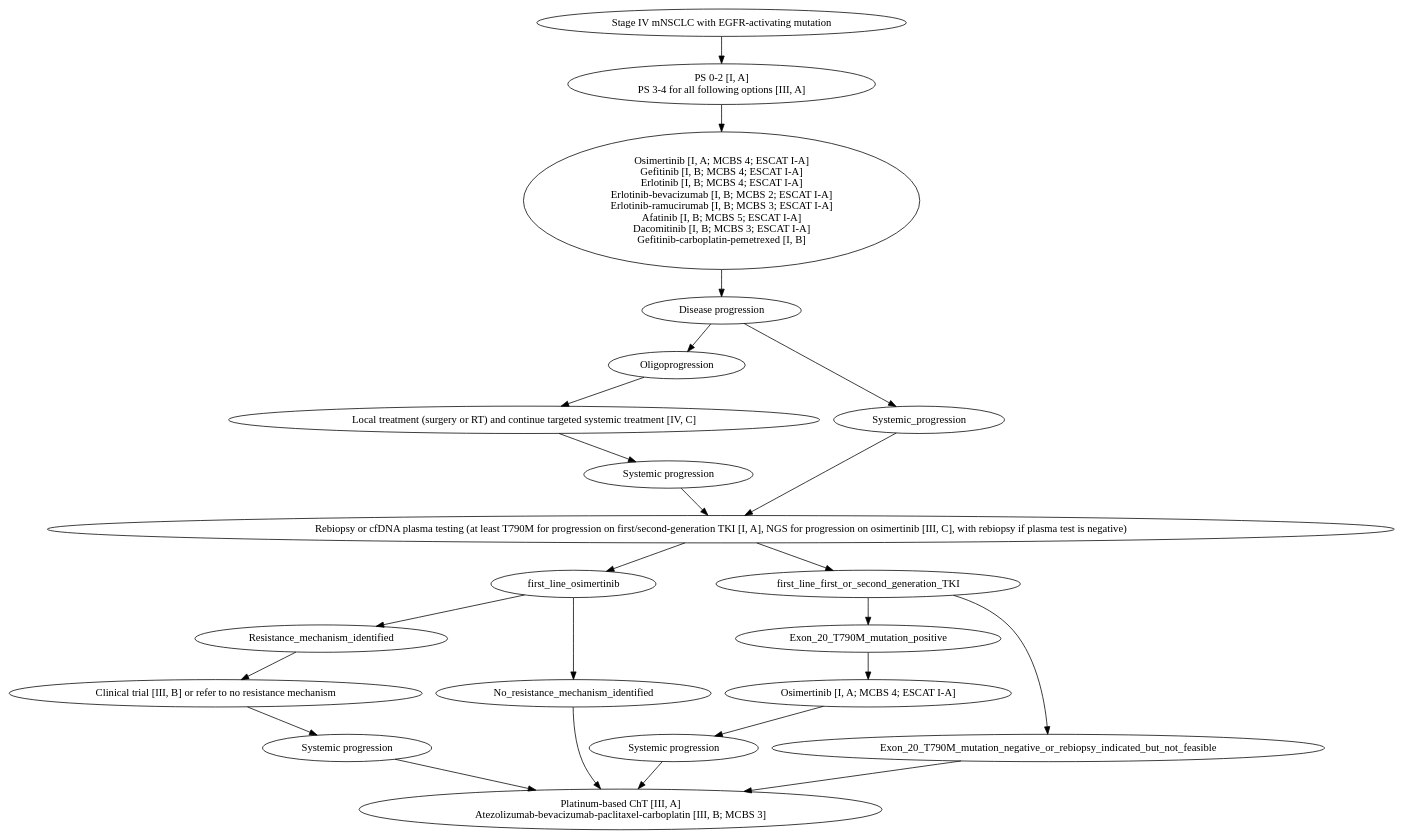
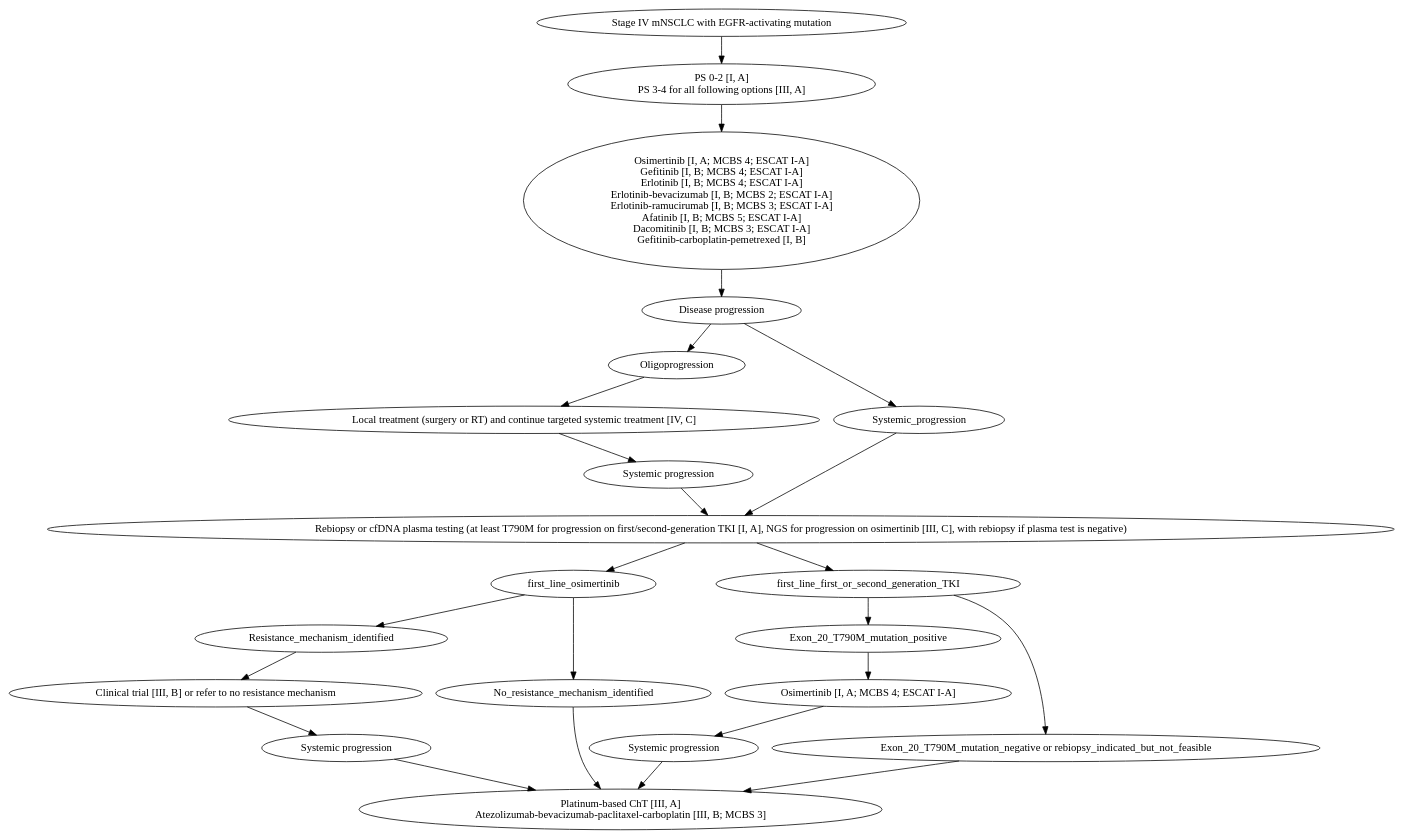
The diagram in mnsclc/dot/mnsclc_egfr.dot (djhshih/dgraph-esmo), drawn with Graphviz before and after one commit. The commit also changed 1 other file, not shown here.

```diff
--- a/mnsclc/dot/mnsclc_egfr.dot
+++ b/mnsclc/dot/mnsclc_egfr.dot
@@ -1,46 +1,46 @@
 digraph G {
     a [label="Stage IV mNSCLC with EGFR-activating mutation"];
     b [label="PS 0-2 [I, A]\nPS 3-4 for all following options [III, A]"];
     c [label="Osimertinib [I, A; MCBS 4; ESCAT I-A]\nGefitinib [I, B; MCBS 4; ESCAT I-A]\nErlotinib [I, B; MCBS 4; ESCAT I-A]\nErlotinib-bevacizumab [I, B; MCBS 2; ESCAT I-A]\nErlotinib-ramucirumab [I, B; MCBS 3; ESCAT I-A]\nAfatinib [I, B; MCBS 5; ESCAT I-A]\nDacomitinib [I, B; MCBS 3; ESCAT I-A]\nGefitinib-carboplatin-pemetrexed [I, B]"];
     d [label="Disease progression"];
     e [label="Oligoprogression"];
     f [label="Systemic_progression"];
     g [label="Local treatment (surgery or RT) and continue targeted systemic treatment [IV, C]"];
     h [label="Systemic progression"];
     i [label="Rebiopsy or cfDNA plasma testing (at least T790M for progression on first/second-generation TKI [I, A], NGS for progression on osimertinib [III, C], with rebiopsy if plasma test is negative)"];
     j [label="first_line_osimertinib"];
     k [label="first_line_first_or_second_generation_TKI"];
     l [label="Resistance_mechanism_identified"];
     m [label="No_resistance_mechanism_identified"];
     n [label="Clinical trial [III, B] or refer to no resistance mechanism"];
     o [label="Systemic progression"];
     q [label="Exon_20_T790M_mutation_positive"];
-    r [label="Exon_20_T790M_mutation_negative_or_rebiopsy_indicated_but_not_feasible"];
+    r [label="Exon_20_T790M_mutation_negative or rebiopsy_indicated_but_not_feasible"];
     s [label="Osimertinib [I, A; MCBS 4; ESCAT I-A]"];
     t [label="Systemic progression"];
     p [label="Platinum-based ChT [III, A]\nAtezolizumab-bevacizumab-paclitaxel-carboplatin [III, B; MCBS 3]"];
 
     a -> b;
     b -> c;
     c -> d;
     d -> e;
     d -> f;
     e -> g;
     g -> h;
     h -> i;
     f -> i;
     i -> j;
     i -> k;
     j -> l;
     j -> m;
     l -> n;
     n -> o;
     o -> p;
     m -> p;
     k -> q;
     k -> r;
     q -> s;
     s -> t;
     t -> p;
     r -> p;
 }
```
